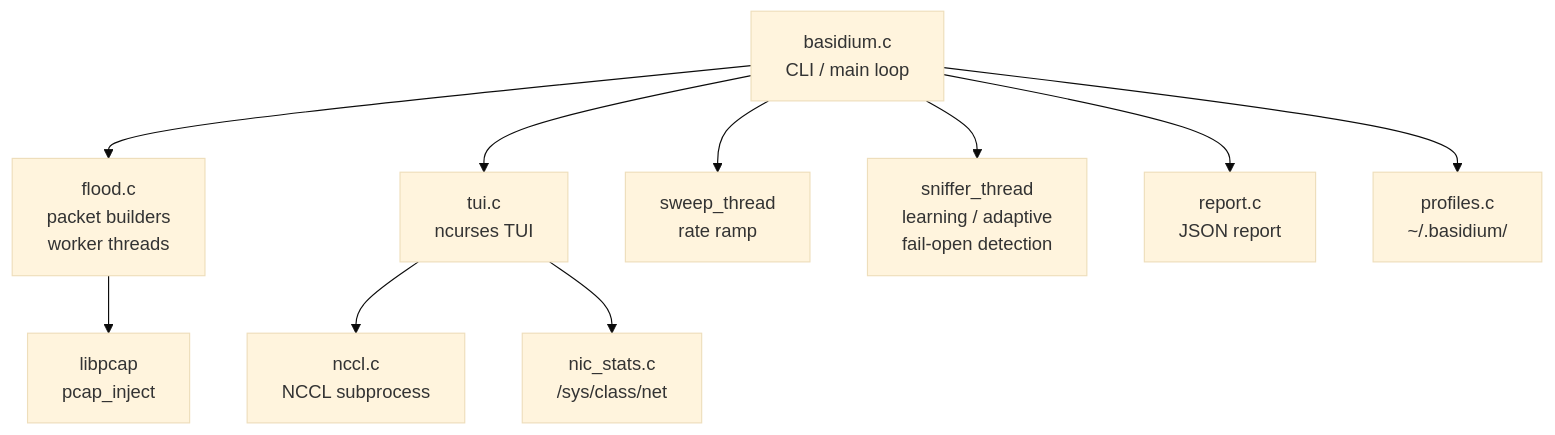
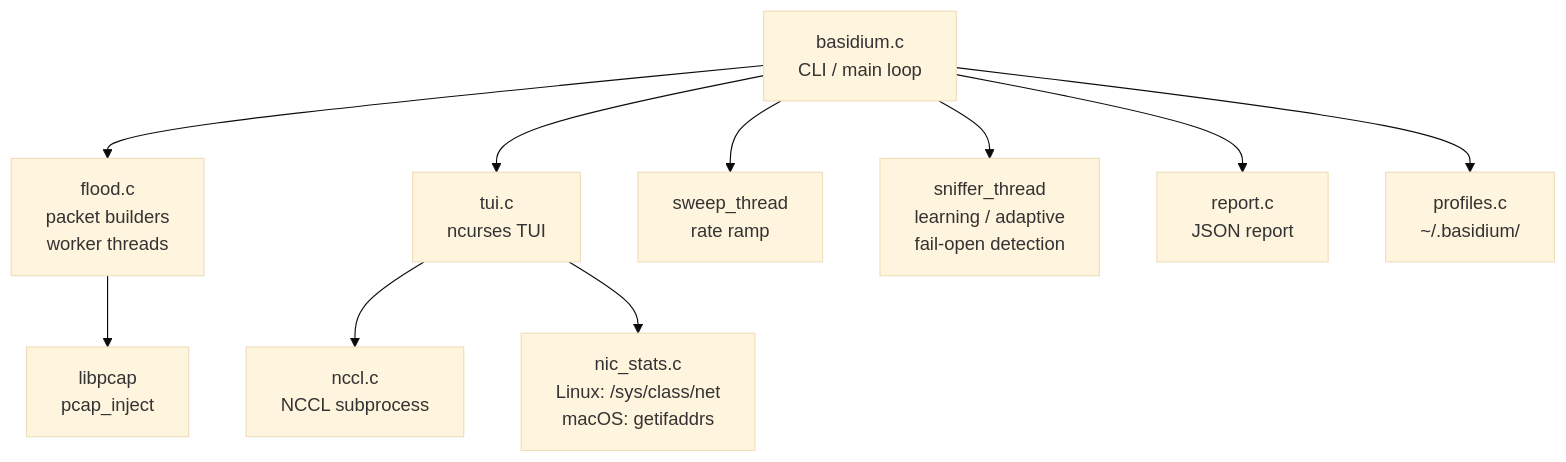
Before and after one commit to mstits/Basidium: the first of 7 diagrams in README.md, drawn with Mermaid (base theme). The commit also changed other lines of this file and 21 other files, not shown here.

````diff
--- a/README.md
+++ b/README.md
@@ -36,12 +36,12 @@
 ```mermaid
 graph TD
     CLI[basidium.c<br/>CLI / main loop] --> FLOOD[flood.c<br/>packet builders<br/>worker threads]
     CLI --> TUI[tui.c<br/>ncurses TUI]
     CLI --> SWEEP[sweep_thread<br/>rate ramp]
     CLI --> SNIFF[sniffer_thread<br/>learning / adaptive<br/>fail-open detection]
     FLOOD --> PCAP[libpcap<br/>pcap_inject]
     TUI --> NCCL[nccl.c<br/>NCCL subprocess]
-    TUI --> NIC[nic_stats.c<br/>/sys/class/net]
+    TUI --> NIC[nic_stats.c<br/>Linux: /sys/class/net<br/>macOS: getifaddrs]
     CLI --> REPORT[report.c<br/>JSON report]
     CLI --> PROFILES[profiles.c<br/>~/.basidium/]
 ```
````
